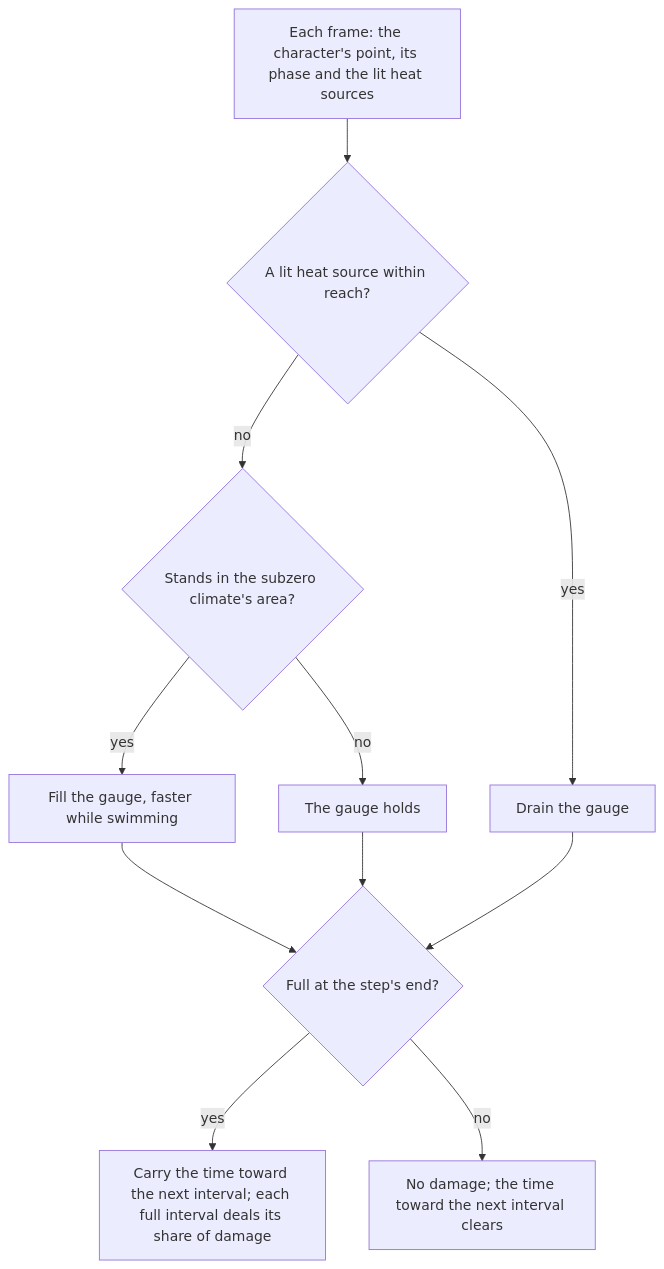
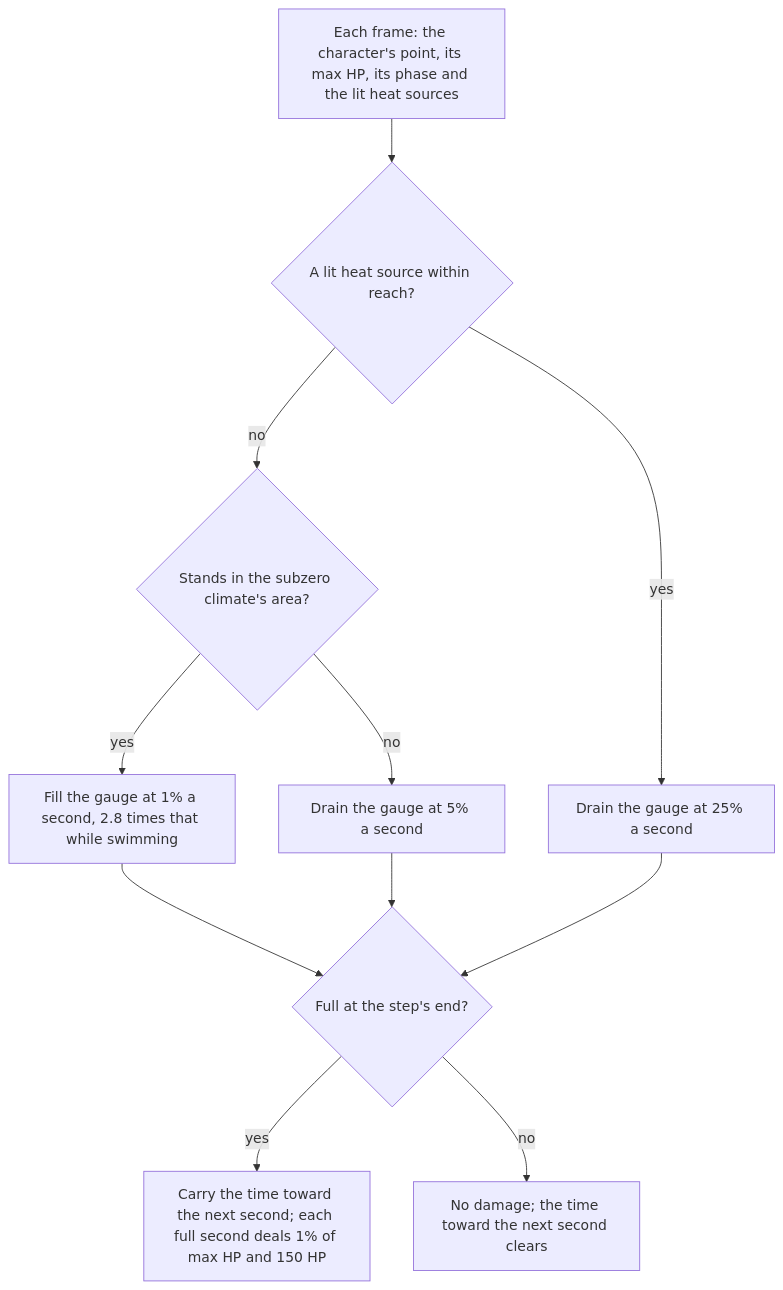
The diagram in openspec/changes/genshin-sheer-cold/design.md (Esposter/Esposter), drawn with Mermaid before and after one commit. The commit also changed other lines of this file and 10 other files, not shown here.

First line of the commit message:
fix(genshin-world): the sheer cold gauge takes the wiki's rates and deals its damage each second

````diff
--- a/openspec/changes/genshin-sheer-cold/design.md
+++ b/openspec/changes/genshin-sheer-cold/design.md
@@ -17,13 +18,13 @@
 ```mermaid
 flowchart TD
-  S["Each frame: the character's point, its phase and the lit heat sources"] --> H{"A lit heat source within reach?"}
-  H -->|yes| D["Drain the gauge"]
+  S["Each frame: the character's point, its max HP, its phase and the lit heat sources"] --> H{"A lit heat source within reach?"}
+  H -->|yes| D["Drain the gauge at 25% a second"]
   H -->|no| C{"Stands in the subzero climate's area?"}
-  C -->|yes| F["Fill the gauge, faster while swimming"]
-  C -->|no| K["The gauge holds"]
+  C -->|yes| F["Fill the gauge at 1% a second, 2.8 times that while swimming"]
+  C -->|no| K["Drain the gauge at 5% a second"]
   F --> U{"Full at the step's end?"}
   K --> U
   D --> U
-  U -->|yes| P["Carry the time toward the next interval; each full interval deals its share of damage"]
-  U -->|no| R["No damage; the time toward the next interval clears"]
+  U -->|yes| P["Carry the time toward the next second; each full second deals 1% of max HP and 150 HP"]
+  U -->|no| R["No damage; the time toward the next second clears"]
 ```
````
